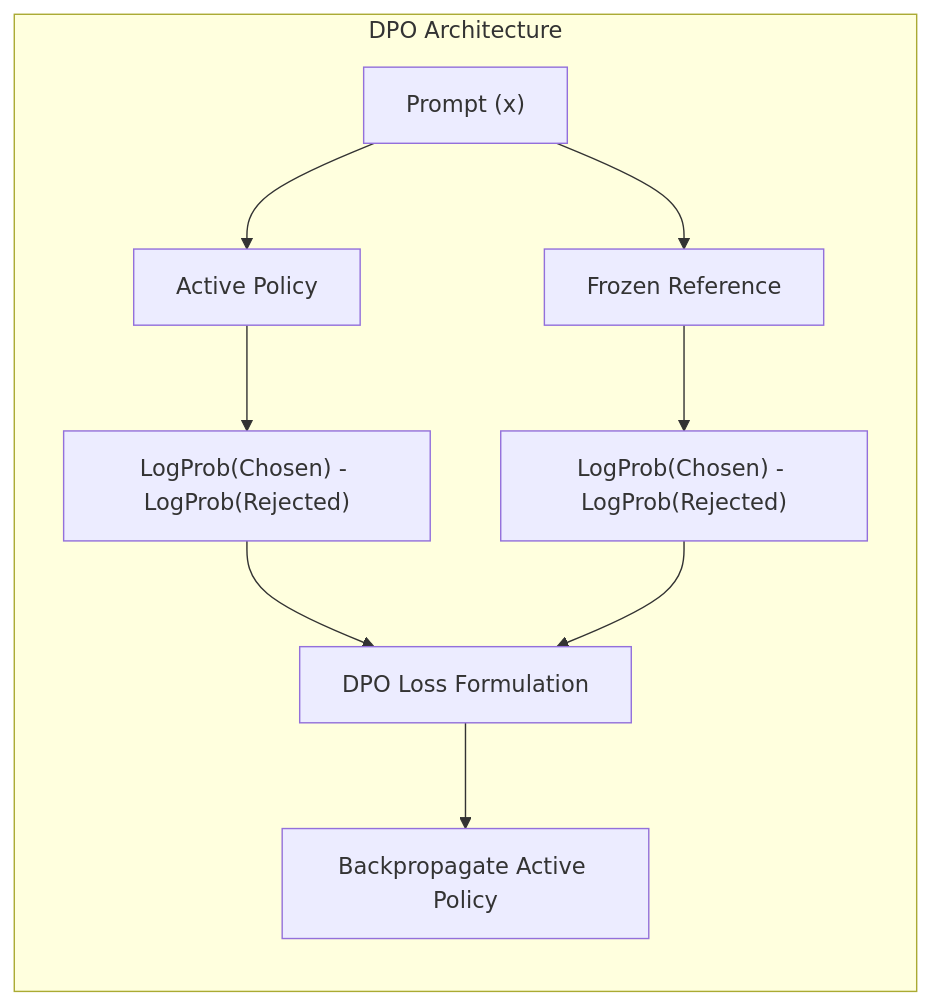
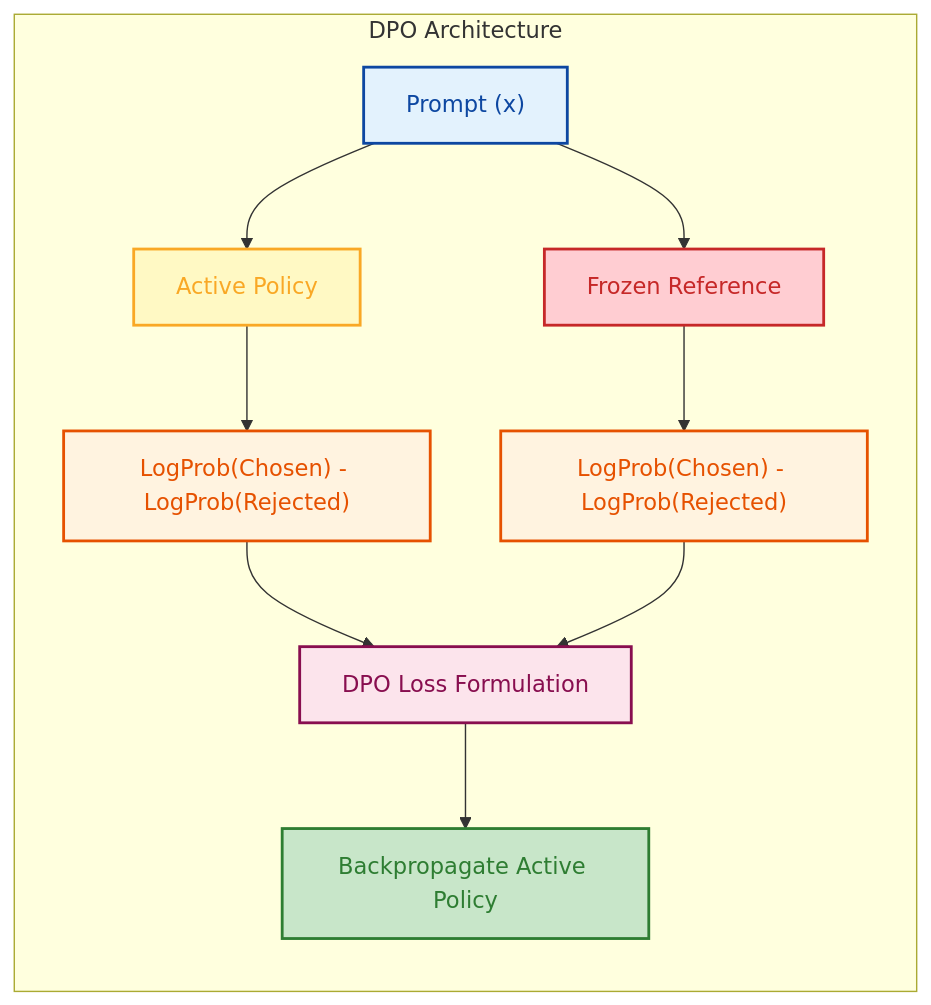
The second of 2 diagrams in docs/09-preference-alignment/README.md (GyanendraChaubey/AI-Engineering-Notes), drawn with Mermaid before and after one commit. The commit also changed other lines of this file and 15 other files, not shown here.

Commit message:
style: apply light color palette to remaining Mermaid diagrams (docs 15 & 16)

````diff
--- a/docs/09-preference-alignment/README.md
+++ b/docs/09-preference-alignment/README.md
@@ -101,15 +110,22 @@
 ```mermaid
 flowchart LR
     subgraph DPO_Training ["DPO Architecture"]
         A["Prompt (x)"] --> B["Active Policy"]
         A --> C["Frozen Reference"]
         
         B --> D["LogProb(Chosen) - LogProb(Rejected)"]
         C --> E["LogProb(Chosen) - LogProb(Rejected)"]
         
         D --> F["DPO Loss Formulation"]
         E --> F
         
         F --> G["Backpropagate Active Policy"]
     end
+    style A fill:#e3f2fd,stroke:#0d47a1,stroke-width:2px,color:#0d47a1
+    style B fill:#fff9c4,stroke:#f9a825,stroke-width:2px,color:#f9a825
+    style C fill:#ffcdd2,stroke:#c62828,stroke-width:2px,color:#c62828
+    style D fill:#fff3e0,stroke:#e65100,stroke-width:2px,color:#e65100
+    style E fill:#fff3e0,stroke:#e65100,stroke-width:2px,color:#e65100
+    style F fill:#fce4ec,stroke:#880e4f,stroke-width:2px,color:#880e4f
+    style G fill:#c8e6c9,stroke:#2e7d32,stroke-width:2px,color:#2e7d32
 ```
````
